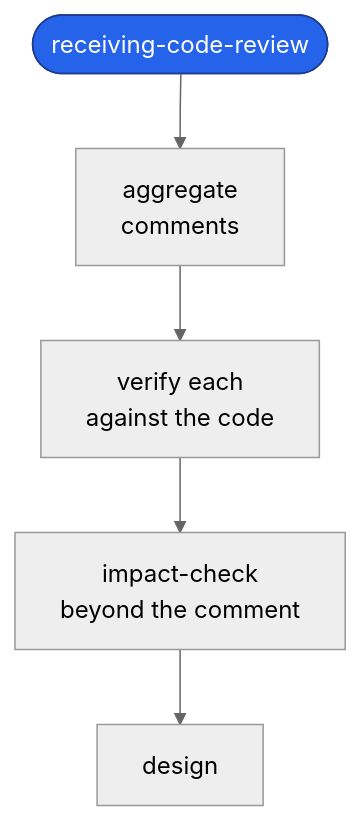
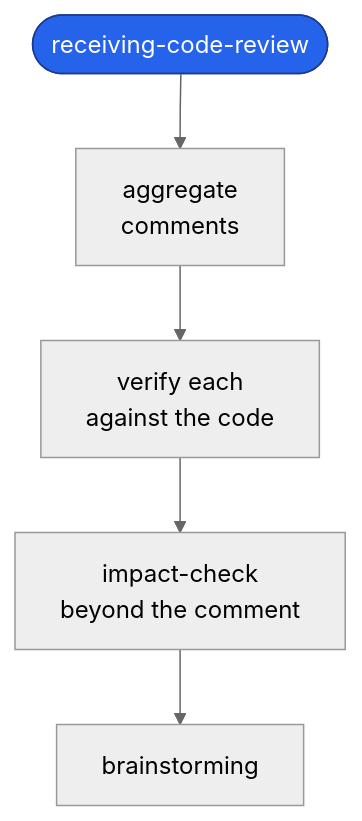
The fourth of 6 diagrams in README.md (dashworthy/engineering), drawn with Mermaid (neutral theme) before and after one commit. The commit also changed other lines of this file and 39 other files, not shown here.

````diff
--- a/README.md
+++ b/README.md
@@ -110,9 +110,9 @@
 ```mermaid
 flowchart TD
     classDef entry fill:#2563eb,stroke:#1e3a8a,color:#fff
 
     RC(["receiving-code-review"]):::entry --> RC1["aggregate<br/>comments"]
     RC1 --> RC2["verify each<br/>against the code"]
     RC2 --> RC3["impact-check<br/>beyond the comment"]
-    RC3 --> BR["design"]
+    RC3 --> BR["brainstorming"]
 ```
````
